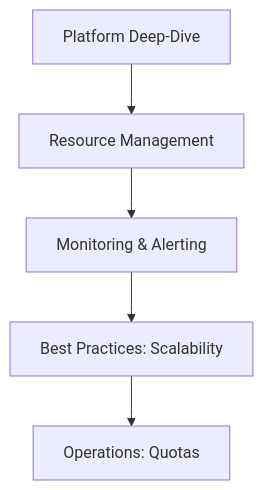
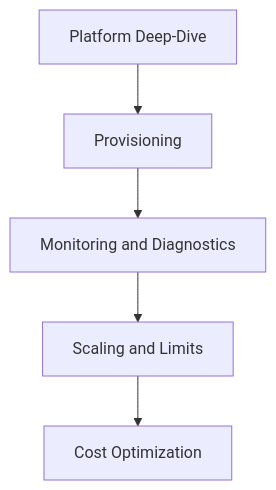
The third of 4 diagrams in docs/start-here/learning-paths.md (yeongseon/azure-communication-services-practical-guide), drawn with Mermaid before and after one commit. The commit also changed other lines of this file, not shown here.

````diff
--- a/docs/start-here/learning-paths.md
+++ b/docs/start-here/learning-paths.md
@@ -56,7 +113,7 @@
 ```mermaid
-graph TD
-    A[Platform Deep-Dive] --> B[Resource Management]
-    B --> C[Monitoring & Alerting]
-    C --> D[Best Practices: Scalability]
-    D --> E[Operations: Quotas]
+flowchart TD
+    A[Platform Deep-Dive] --> B[Provisioning]
+    B --> C[Monitoring and Diagnostics]
+    C --> D[Scaling and Limits]
+    D --> E[Cost Optimization]
 ```
````
